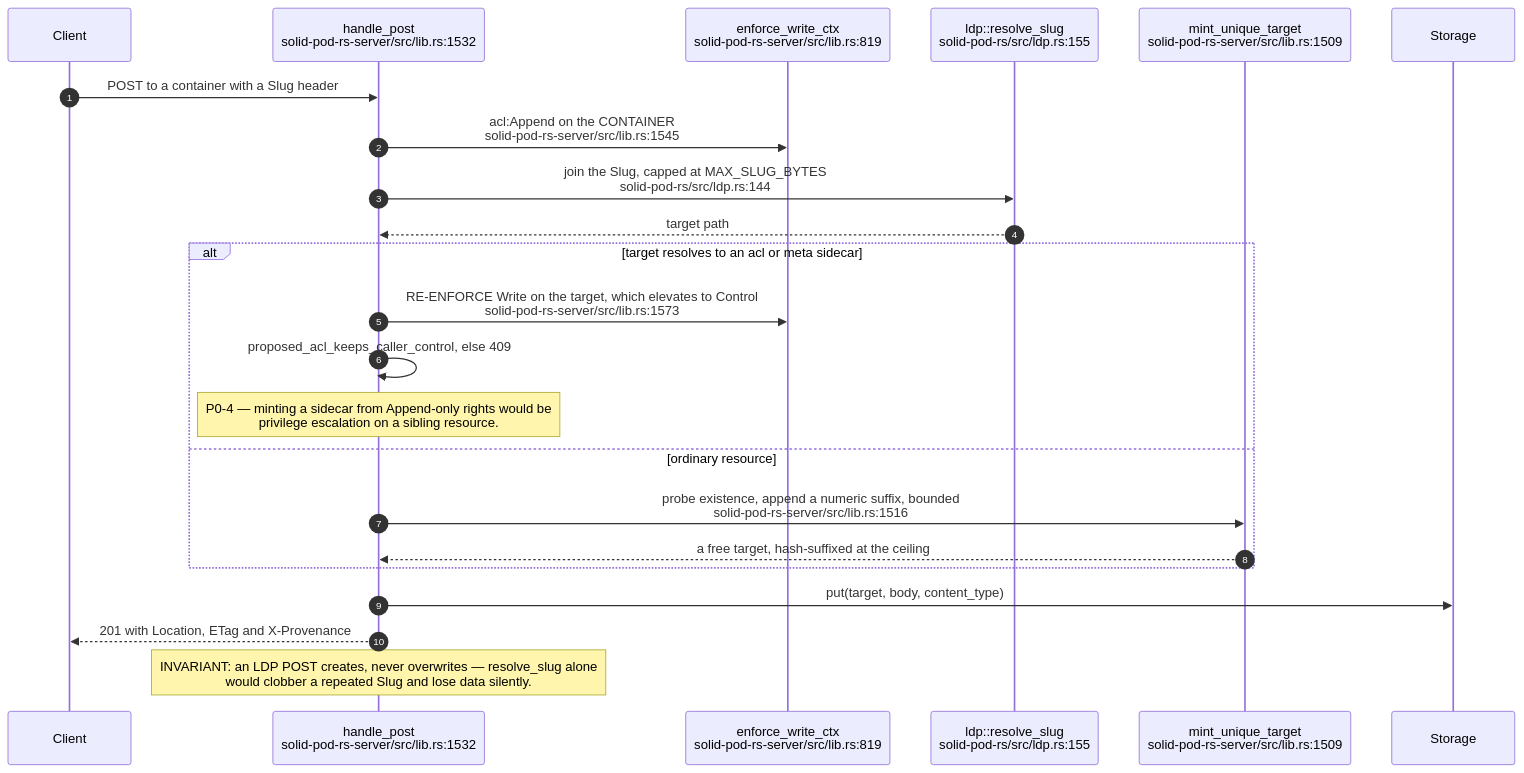
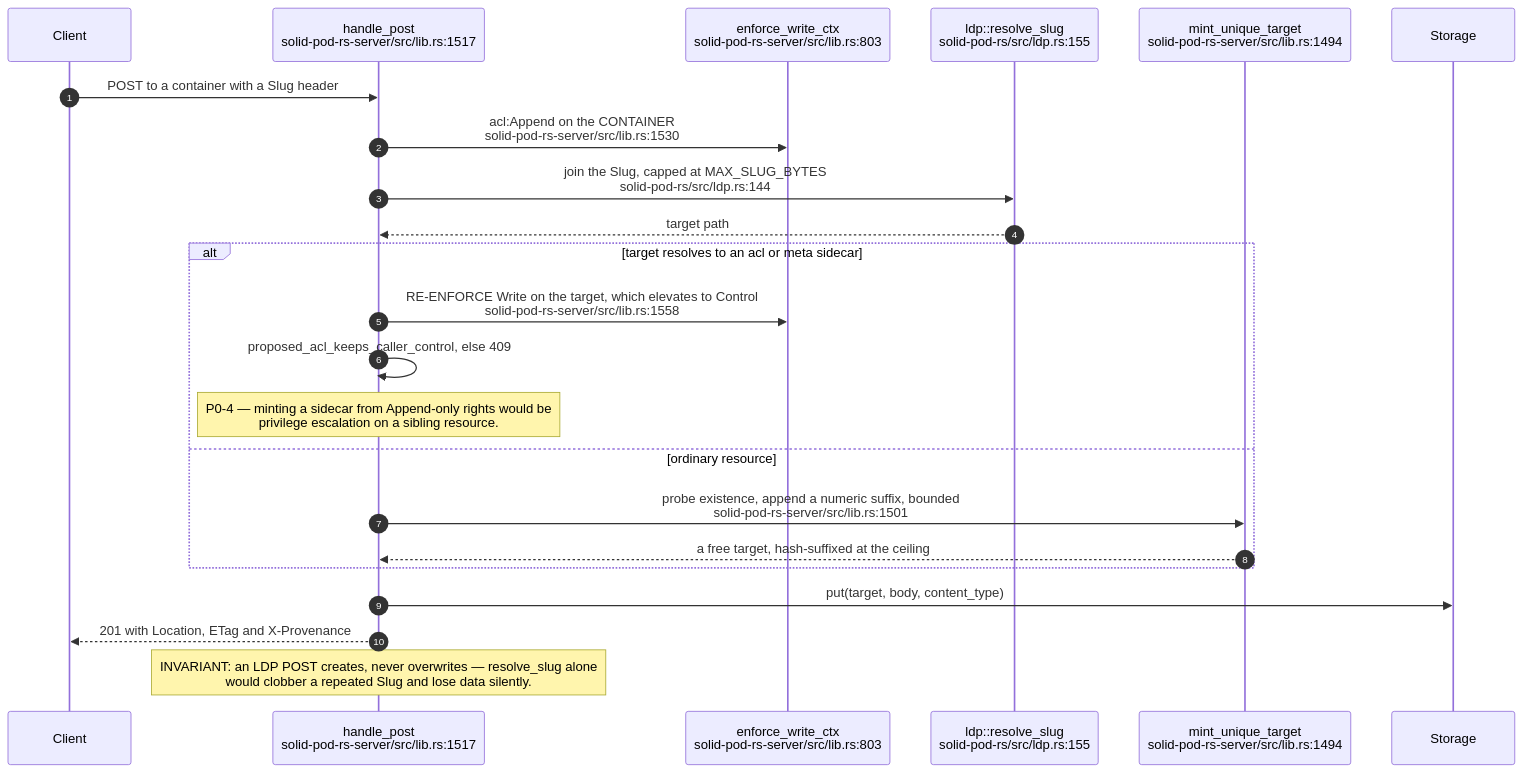
Before and after one commit to DreamLab-AI/VisionFlow: the fourth of 11 diagrams in docs/diagrams/solid-pod-rs/03-ldp-request-lifecycle.md, drawn with Mermaid. The commit also changed other lines of this file and 21 other files, not shown here.

Commit message:
docs(diagrams): refresh first verified estate batch

````diff
--- a/docs/diagrams/solid-pod-rs/03-ldp-request-lifecycle.md
+++ b/docs/diagrams/solid-pod-rs/03-ldp-request-lifecycle.md
@@ -119,26 +119,26 @@
 ```mermaid
 sequenceDiagram
     autonumber
     participant C as Client
-    participant P as handle_post<br/>solid-pod-rs-server/src/lib.rs:1532
-    participant W as enforce_write_ctx<br/>solid-pod-rs-server/src/lib.rs:819
+    participant P as handle_post<br/>solid-pod-rs-server/src/lib.rs:1517
+    participant W as enforce_write_ctx<br/>solid-pod-rs-server/src/lib.rs:803
     participant SL as ldp::resolve_slug<br/>solid-pod-rs/src/ldp.rs:155
-    participant MU as mint_unique_target<br/>solid-pod-rs-server/src/lib.rs:1509
+    participant MU as mint_unique_target<br/>solid-pod-rs-server/src/lib.rs:1494
     participant S as Storage
 
     C->>P: POST to a container with a Slug header
-    P->>W: acl:Append on the CONTAINER<br/>solid-pod-rs-server/src/lib.rs:1545
+    P->>W: acl:Append on the CONTAINER<br/>solid-pod-rs-server/src/lib.rs:1530
     P->>SL: join the Slug, capped at MAX_SLUG_BYTES<br/>solid-pod-rs/src/ldp.rs:144
     SL-->>P: target path
     alt target resolves to an acl or meta sidecar
-        P->>W: RE-ENFORCE Write on the target, which elevates to Control<br/>solid-pod-rs-server/src/lib.rs:1573
+        P->>W: RE-ENFORCE Write on the target, which elevates to Control<br/>solid-pod-rs-server/src/lib.rs:1558
         P->>P: proposed_acl_keeps_caller_control, else 409
         Note over P: P0-4 — minting a sidecar from Append-only rights would be<br/>privilege escalation on a sibling resource.
     else ordinary resource
-        P->>MU: probe existence, append a numeric suffix, bounded<br/>solid-pod-rs-server/src/lib.rs:1516
+        P->>MU: probe existence, append a numeric suffix, bounded<br/>solid-pod-rs-server/src/lib.rs:1501
         MU-->>P: a free target, hash-suffixed at the ceiling
     end
     P->>S: put(target, body, content_type)
     P-->>C: 201 with Location, ETag and X-Provenance
     Note over P: INVARIANT: an LDP POST creates, never overwrites — resolve_slug alone<br/>would clobber a repeated Slug and lose data silently.
 ```
````
